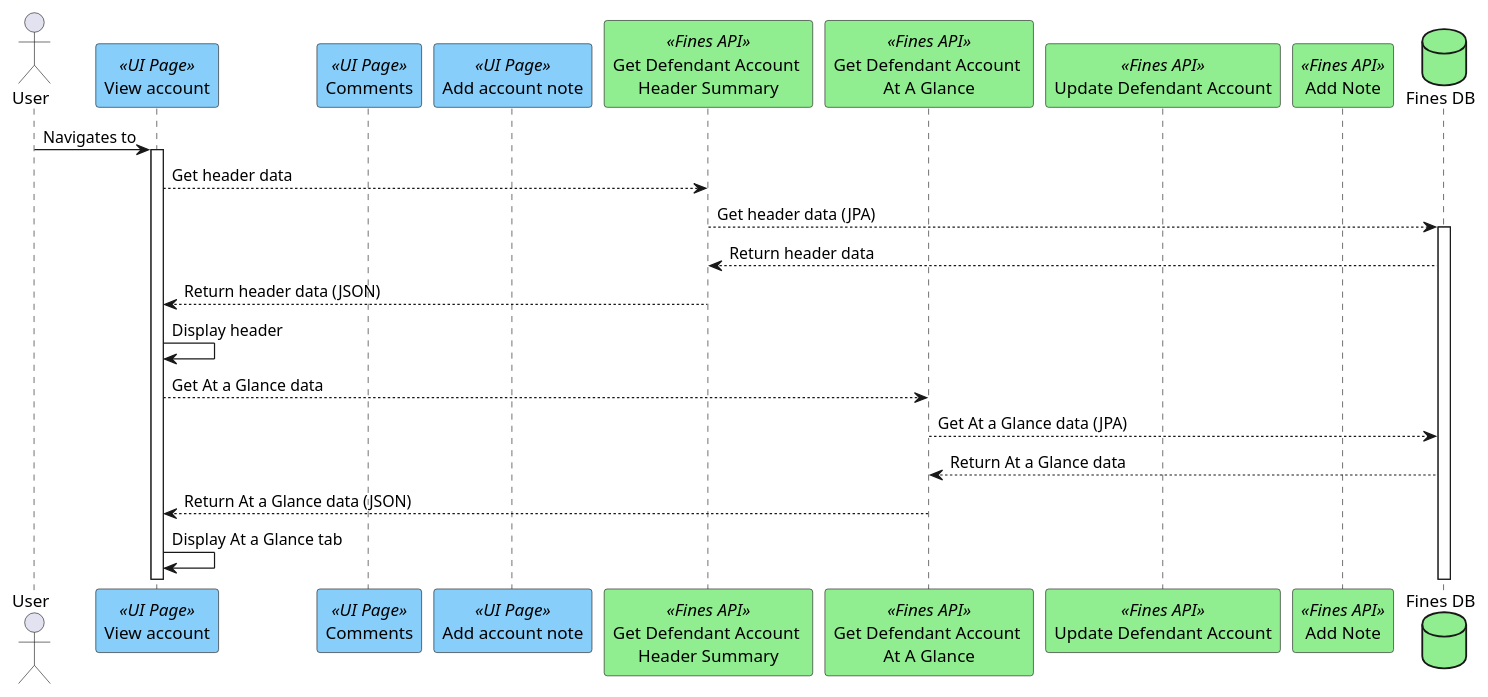
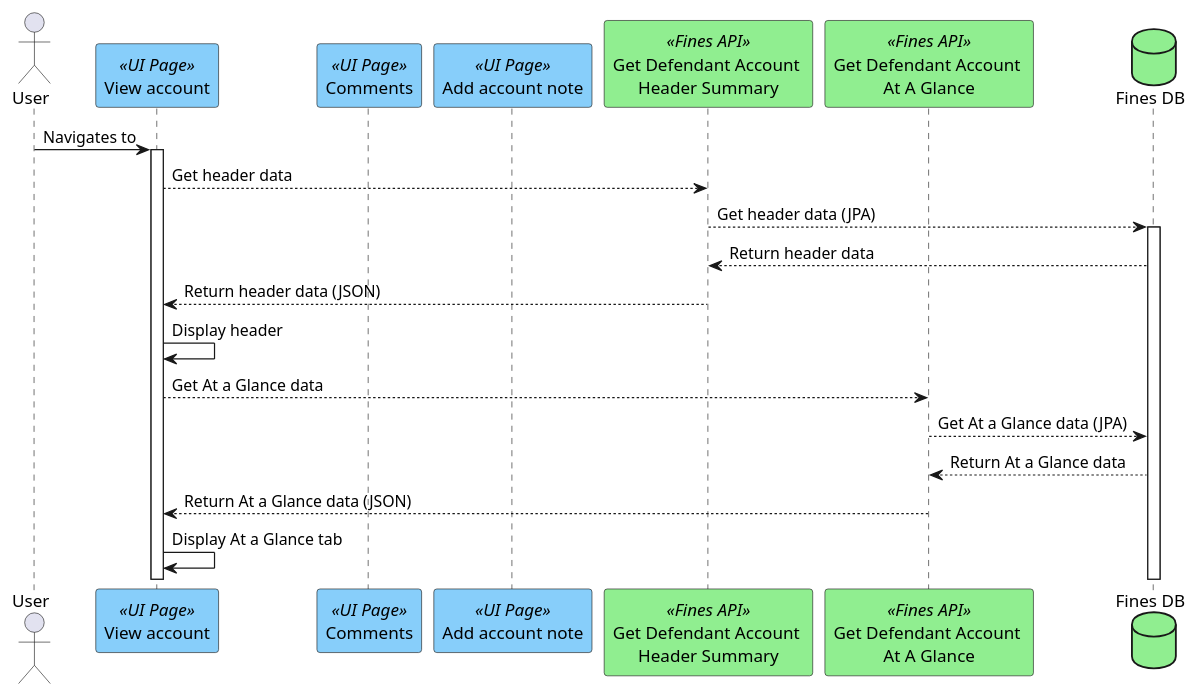
The diagram in plantUML/fae-view-defendant-account-summary/fae-account-header-summary.puml (hmcts/opal-docs), drawn with PlantUML before and after one commit.

Commit message:
view def account summary, amend comments and notes

```diff
--- a/plantUML/fae-view-defendant-account-summary/fae-account-header-summary.puml
+++ b/plantUML/fae-view-defendant-account-summary/fae-account-header-summary.puml
@@ -1,27 +1,23 @@
 @startuml
 actor "User" as user
 participant "View account" as viewAccount <<UI Page>> #lightskyblue
 participant "Comments" as comments <<UI Page>> #lightskyblue
 participant "Add account note" as addNote <<UI Page>> #lightskyblue
 participant "Get Defendant Account \nHeader Summary" as getHeaderApi <<Fines API>> #lightgreen
 participant "Get Defendant Account \nAt A Glance" as getAAGApi <<Fines API>> #lightgreen
-participant "Update Defendant Account" as updateAccountApi <<Fines API>> #lightgreen
-participant "Add Note" as addNoteApi <<Fines API>> #lightgreen
 database "Fines DB" as db #lightgreen
 
 user ->  viewAccount ++ :Navigates to
 viewAccount --> getHeaderApi : Get header data
 getHeaderApi --> db ++ : Get header data (JPA)
 db --> getHeaderApi : Return header data
 getHeaderApi --> viewAccount : Return header data (JSON)
 viewAccount -> viewAccount : Display header
 viewAccount --> getAAGApi : Get At a Glance data
 getAAGApi --> db : Get At a Glance data (JPA)
 db --> getAAGApi : Return At a Glance data
 getAAGApi --> viewAccount : Return At a Glance data (JSON)
 viewAccount -> viewAccount : Display At a Glance tab
 
 
-
-
 @enduml
```
